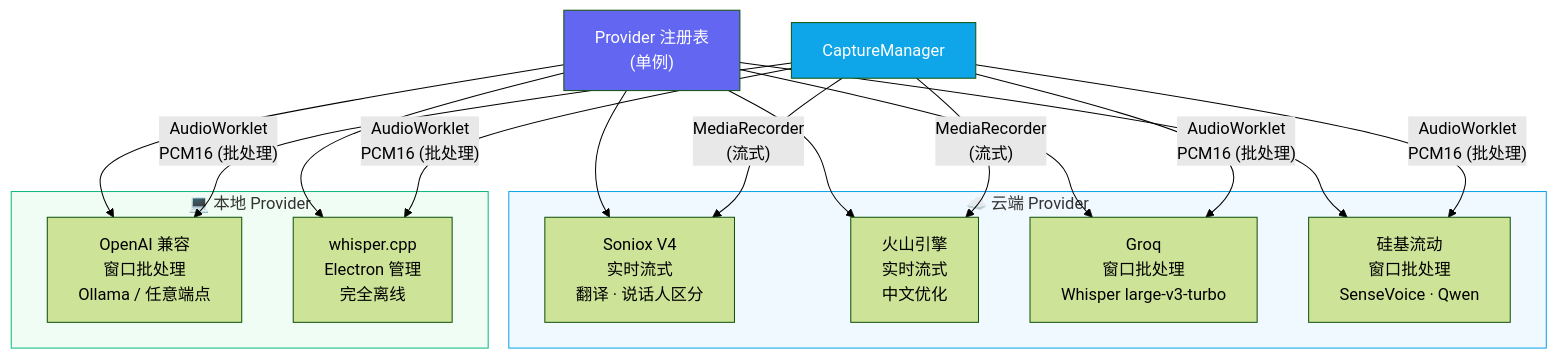
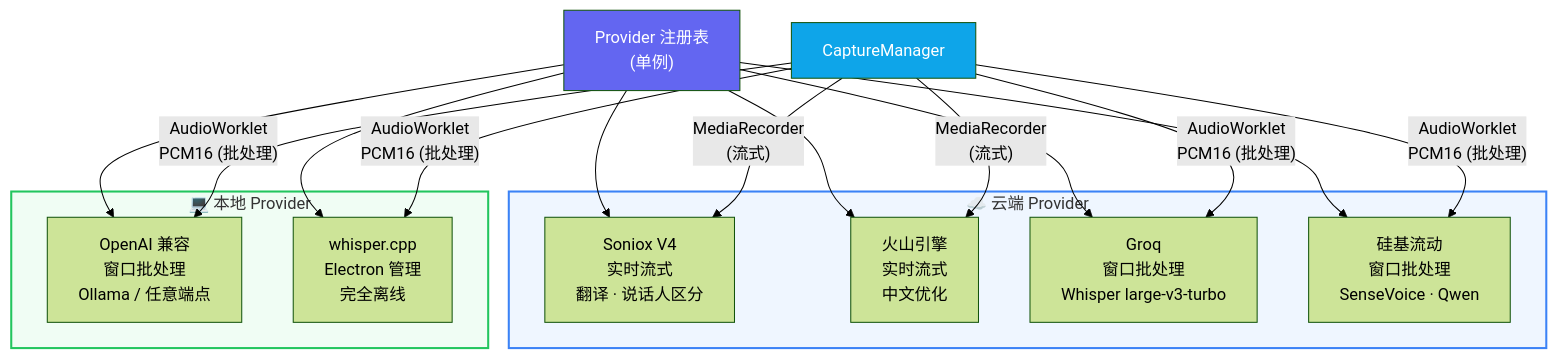
The fourth of 4 diagrams in docs/zh/architecture/overview.md (XimilalaXiang/DeLive), drawn with Mermaid (forest theme) before and after one commit. The commit also changed other lines of this file and 1 other file, not shown here.

First line of the commit message:
docs: fix architecture diagram — replace block-beta with flowchart subgraphs

````diff
--- a/docs/zh/architecture/overview.md
+++ b/docs/zh/architecture/overview.md
@@ -86,26 +104,26 @@
 ```mermaid
 flowchart TB
   subgraph cloud["☁️ 云端 Provider"]
     soniox["Soniox V4\n实时流式\n翻译 · 说话人区分"]
     volc["火山引擎\n实时流式\n中文优化"]
     groq["Groq\n窗口批处理\nWhisper large-v3-turbo"]
     silicon["硅基流动\n窗口批处理\nSenseVoice · Qwen"]
   end
 
   subgraph local["💻 本地 Provider"]
     openai["OpenAI 兼容\n窗口批处理\nOllama / 任意端点"]
     whisper["whisper.cpp\nElectron 管理\n完全离线"]
   end
 
   registry["Provider 注册表\n(单例)"]
   capture["CaptureManager"]
 
   registry --> soniox & volc & groq & silicon & openai & whisper
   capture -->|"MediaRecorder\n(流式)"| soniox & volc
   capture -->|"AudioWorklet\nPCM16 (批处理)"| groq & silicon & openai & whisper
 
   style registry fill:#6366f1,color:#fff
   style capture fill:#0ea5e9,color:#fff
-  style cloud fill:#f0f9ff,stroke:#0ea5e9
-  style local fill:#f0fdf4,stroke:#10b981
+  style cloud fill:#eff6ff,stroke:#3b82f6,stroke-width:2px
+  style local fill:#f0fdf4,stroke:#22c55e,stroke-width:2px
 ```
````
